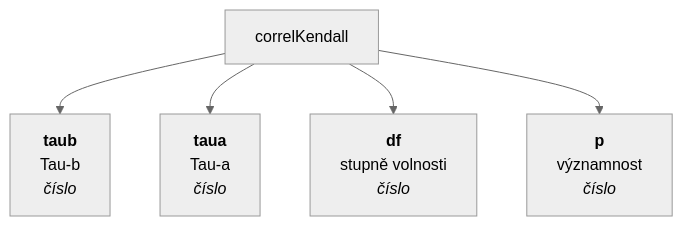
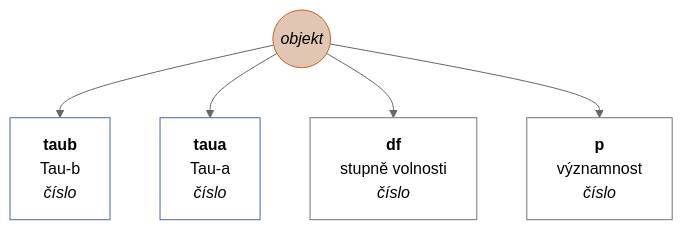
Before and after one commit to muzikp/retusa: the fourth of 13 diagrams in docs/cs-CZ/matrix.md, drawn with Mermaid (neutral theme). The commit also changed other lines of this file and 17 other files, not shown here.

````diff
--- a/docs/cs-CZ/matrix.md
+++ b/docs/cs-CZ/matrix.md
@@ -187,8 +205,19 @@
 ```mermaid
 graph TD
+correlKendall((<i>objekt</i>))
+style correlKendall fill:#E1C6B3;
+style correlKendall stroke:#C36422;
 correlKendall --> taub[<b>taub</b><br>Tau-b <br><i>číslo</i>]
+style taub fill:#FFFFFF;
+style taub stroke:#4967A4;
 correlKendall --> taua[<b>taua</b><br>Tau-a <br><i>číslo</i>]
+style taua fill:#FFFFFF;
+style taua stroke:#4967A4;
 correlKendall --> df[<b>df</b><br>stupně volnosti <br><i>číslo</i>]
+style df fill:#FFFFFF;
+style df stroke:#75716F;
 correlKendall --> p[<b>p</b><br>významnost <br><i>číslo</i>]
+style p fill:#FFFFFF;
+style p stroke:#75716F;
 
 ```
````
